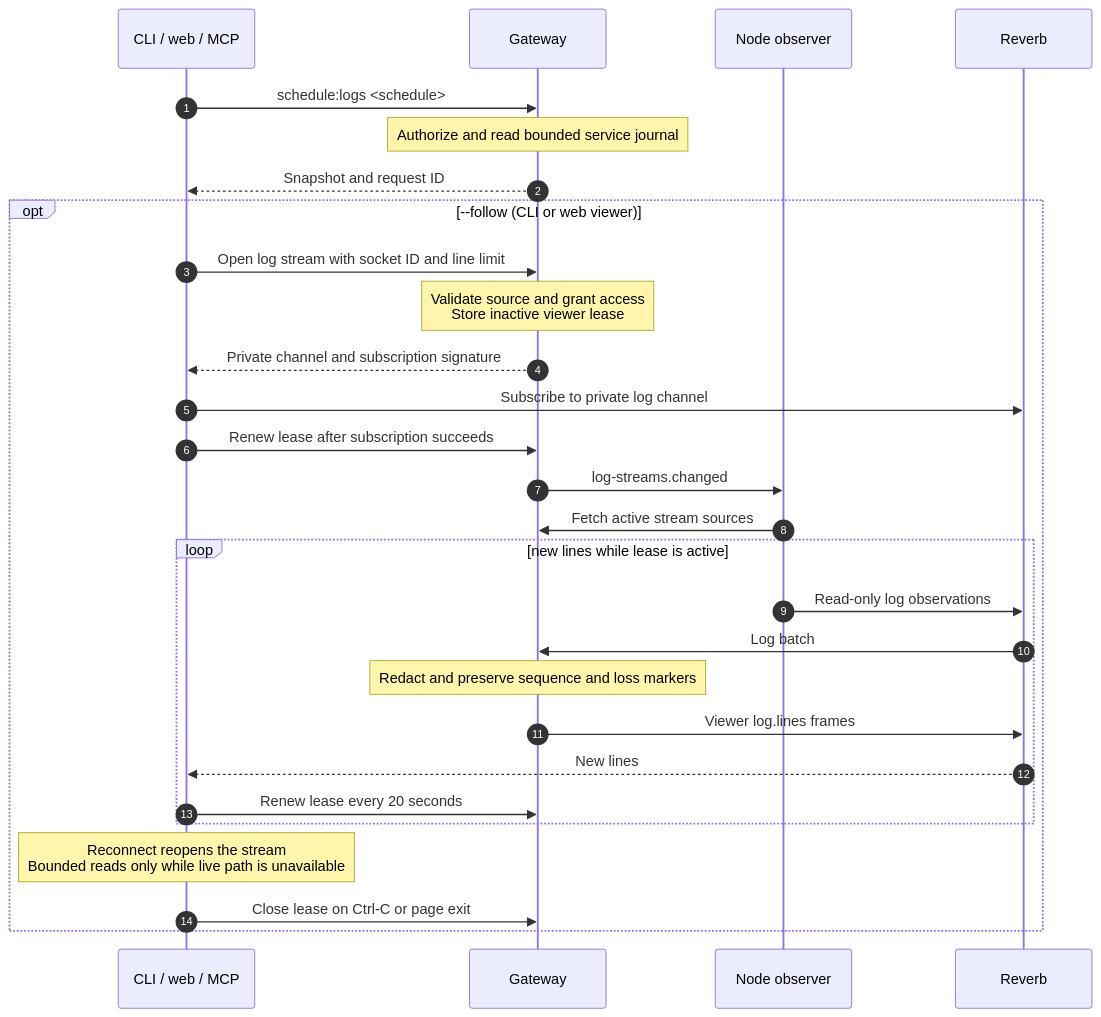
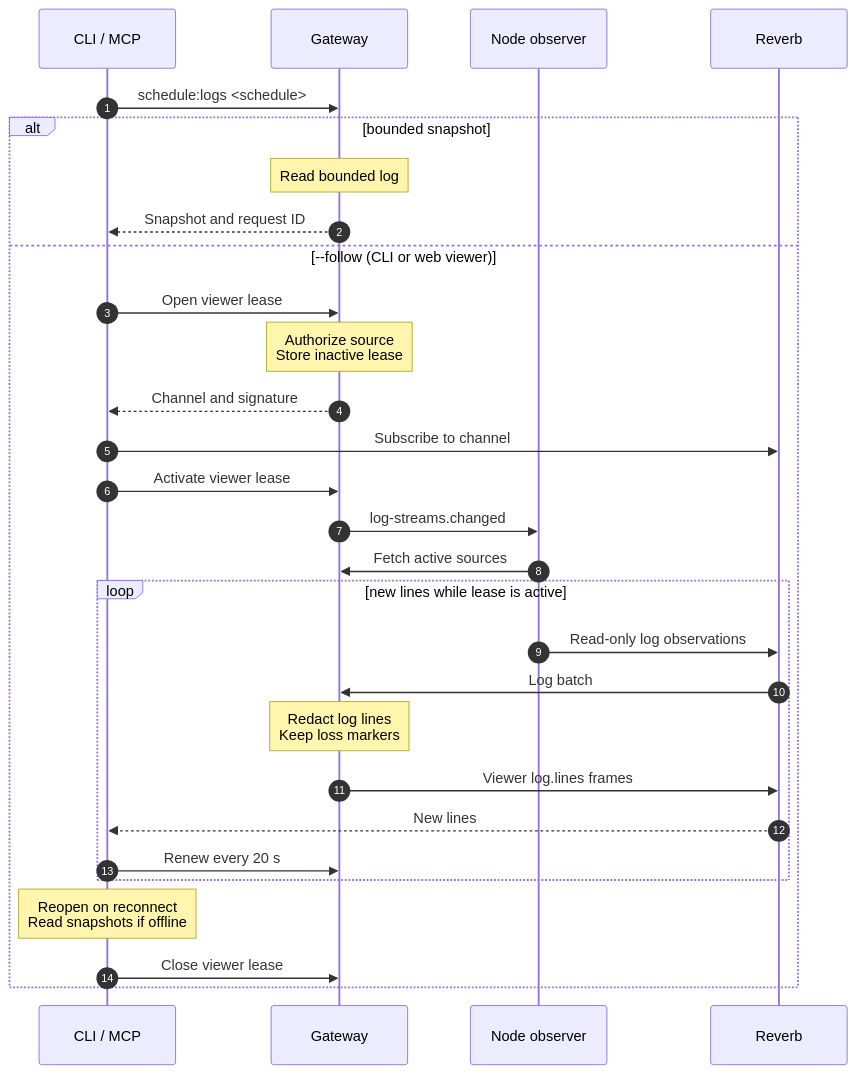
One commit to hardimpactdev/orbit changed the diagram in docs/cli/schedule/logs.mmd. Above: the diagram before and after it, drawn with Mermaid. The commit also changed 47 other files, not shown here.

Commit message:
refactor(cli): standardize logs and add Schedule follow

```diff
--- a/docs/cli/schedule/logs.mmd
+++ b/docs/cli/schedule/logs.mmd
@@ -1,31 +1,32 @@
 sequenceDiagram
   %% status: draft
   %% command: schedule:logs
   %% kind: schedule.logs
   autonumber
-  participant CLI as CLI / web / MCP
+  participant CLI as CLI / MCP
   participant GW as Gateway
   participant A as Node observer
   participant R as Reverb
   CLI->>GW: schedule:logs <schedule>
-  Note over GW: Authorize and read bounded service journal
-  GW-->>CLI: Snapshot and request ID
-  opt --follow (CLI or web viewer)
-    CLI->>GW: Open log stream with socket ID and line limit
-    Note over GW: Validate source and grant access<br/>Store inactive viewer lease
-    GW-->>CLI: Private channel and subscription signature
-    CLI->>R: Subscribe to private log channel
-    CLI->>GW: Renew lease after subscription succeeds
+  alt bounded snapshot
+    Note over GW: Read bounded log
+    GW-->>CLI: Snapshot and request ID
+  else --follow (CLI or web viewer)
+    CLI->>GW: Open viewer lease
+    Note over GW: Authorize source<br/>Store inactive lease
+    GW-->>CLI: Channel and signature
+    CLI->>R: Subscribe to channel
+    CLI->>GW: Activate viewer lease
     GW->>A: log-streams.changed
-    A->>GW: Fetch active stream sources
+    A->>GW: Fetch active sources
     loop new lines while lease is active
       A->>R: Read-only log observations
       R->>GW: Log batch
-      Note over GW: Redact and preserve sequence and loss markers
+      Note over GW: Redact log lines<br/>Keep loss markers
       GW->>R: Viewer log.lines frames
       R-->>CLI: New lines
-      CLI->>GW: Renew lease every 20 seconds
+      CLI->>GW: Renew every 20 s
     end
-    Note over CLI: Reconnect reopens the stream<br/>Bounded reads only while live path is unavailable
-    CLI->>GW: Close lease on Ctrl-C or page exit
+    Note over CLI: Reopen on reconnect<br/>Read snapshots if offline
+    CLI->>GW: Close viewer lease
   end
```
